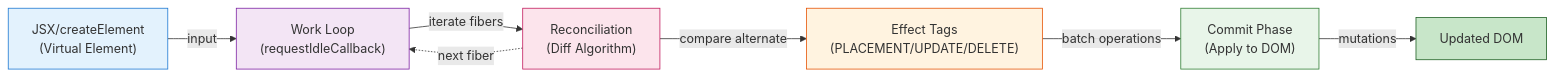
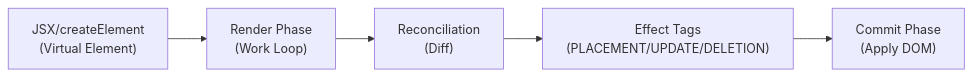
One commit to g-villarinho/villax changed the second of 3 diagrams in README.md. Above: the diagram before and after it, drawn with Mermaid. The commit also changed other lines of this file, not shown here.

````diff
--- a/README.md
+++ b/README.md
@@ -67,24 +59,14 @@
 ```mermaid
+%%{init: {'theme': 'default'}}%%
 graph LR
     A["JSX/createElement<br/>(Virtual Element)"]
-    B["Work Loop<br/>(requestIdleCallback)"]
-    C["Reconciliation<br/>(Diff Algorithm)"]
-    D["Effect Tags<br/>(PLACEMENT/UPDATE/DELETE)"]
-    E["Commit Phase<br/>(Apply to DOM)"]
-    F["Updated DOM"]
+    B["Render Phase<br/>(Work Loop)"]
+    C["Reconciliation<br/>(Diff)"]
+    D["Effect Tags<br/>(PLACEMENT/UPDATE/DELETION)"]
+    E["Commit Phase<br/>(Apply DOM)"]
     
-    A -->|input| B
-    B -->|iterate fibers| C
-    C -->|compare alternate| D
-    D -->|batch operations| E
-    E -->|mutations| F
-    
-    C -.->|next fiber| B
-    
-    style A fill:#E3F2FD,stroke:#1976D2
-    style B fill:#F3E5F5,stroke:#7B1FA2
-    style C fill:#FCE4EC,stroke:#C2185B
-    style D fill:#FFF3E0,stroke:#E65100
-    style E fill:#E8F5E9,stroke:#2E7D32
-    style F fill:#C8E6C9,stroke:#1B5E20
+    A --> B
+    B --> C
+    C --> D
+    D --> E
 ```
````
